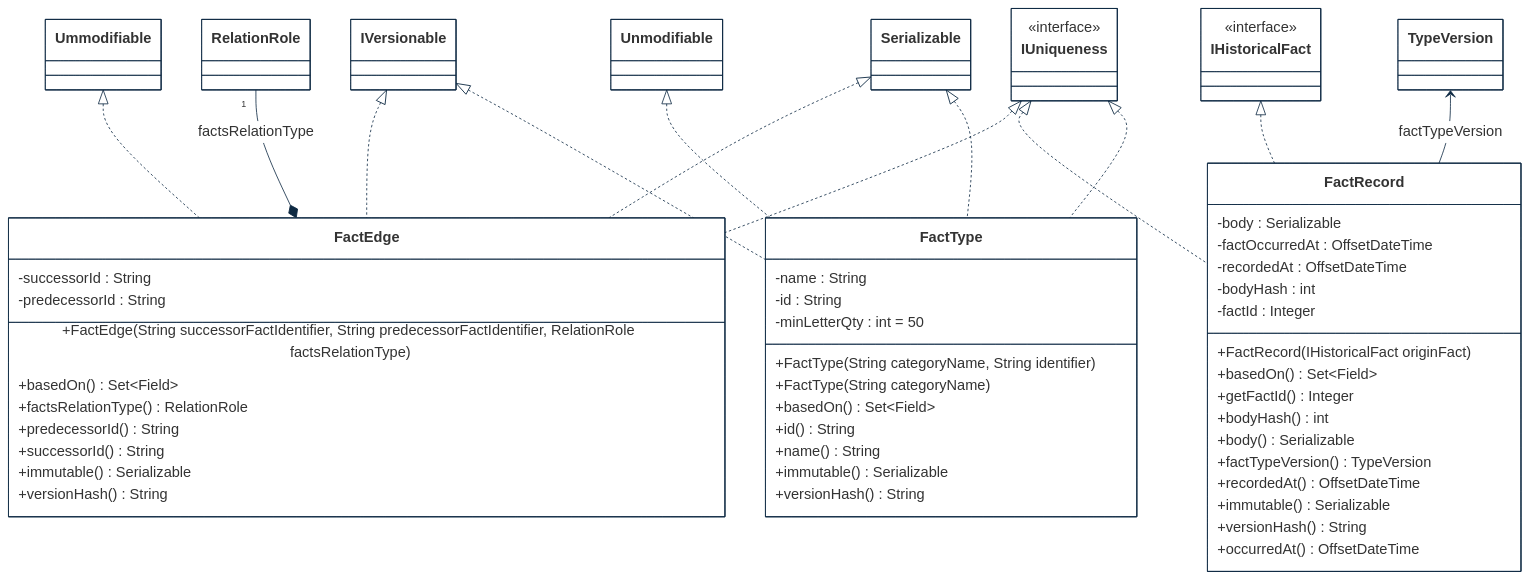
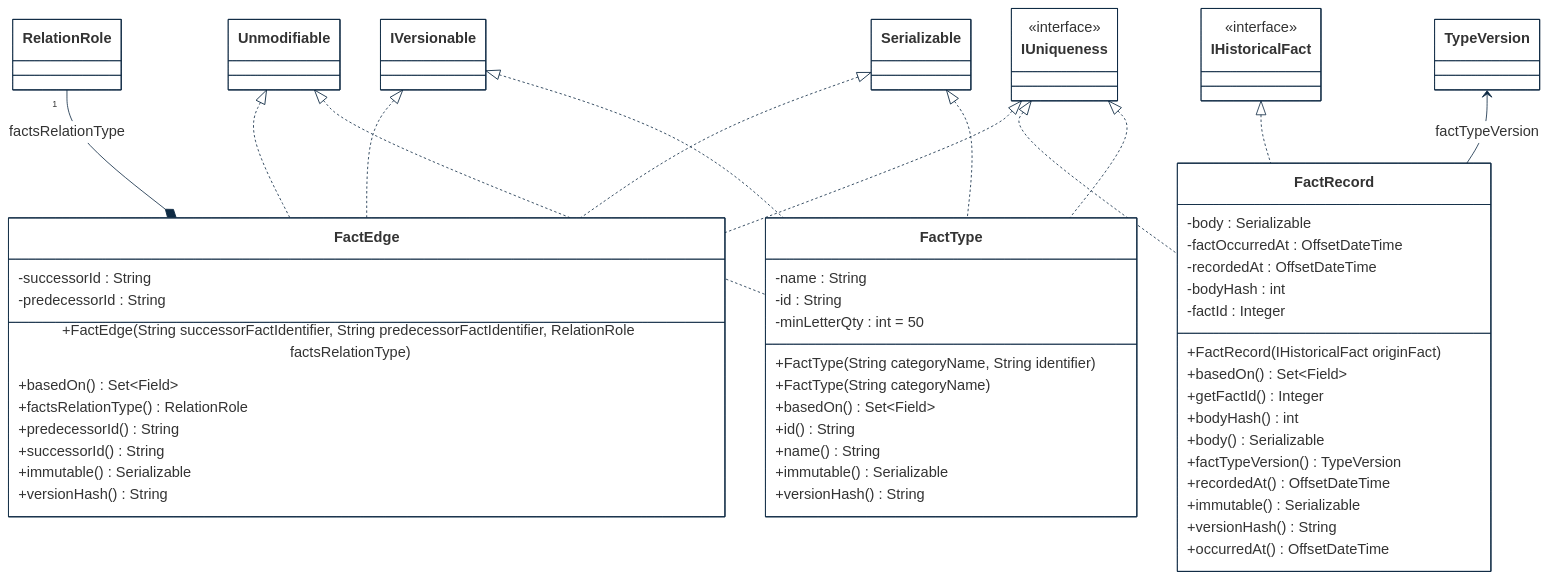
The first of 3 diagrams in implementations-line/framework/immutable/designview-packages.md (cybnity/foundation), drawn with Mermaid before and after one commit.

````diff
--- a/implementations-line/framework/immutable/designview-packages.md
+++ b/implementations-line/framework/immutable/designview-packages.md
@@ -15,82 +15,82 @@
 ```mermaid
 %%{
   init: {
     'theme': 'base',
     'themeVariables': {
         'background': '#ffffff',
         'fontFamily': 'arial',
         'fontSize': '18px',
         'primaryColor': '#fff',
         'primaryBorderColor': '#0e2a43',
         'secondaryBorderColor': '#0e2a43',
         'tertiaryBorderColor': '#0e2a43',
         'edgeLabelBackground':'#0e2a43',
         'lineColor': '#0e2a43',
         'tertiaryColor': '#fff'
     }
   }
 }%%
 classDiagram
-    Ummodifiable <|.. FactEdge
+    Unmodifiable <|.. FactEdge
     Unmodifiable <|.. FactType
     IVersionable <|.. FactEdge
     IVersionable <|.. FactType
     RelationRole "1" --* FactEdge : factsRelationType
     IHistoricalFact <|.. FactRecord
     IUniqueness <|.. FactEdge
     IUniqueness <|.. FactRecord
     IUniqueness <|.. FactType
     Serializable <|.. FactEdge
     Serializable <|.. FactType
     TypeVersion <-- FactRecord : factTypeVersion
 
     class FactType {
         -name : String
         -id : String
         -minLetterQty : int = 50
         +FactType(String categoryName, String identifier)
         +FactType(String categoryName)
         +basedOn() Set~Field~
         +id() String
         +name() String
         +immutable() Serializable
         +versionHash() String
     }
     class IHistoricalFact {
         <<interface>>
     }
     class IUniqueness {
         <<interface>>
     }
     class RelationRole {
     }
     class FactEdge {
         -successorId : String
         -predecessorId : String
         +FactEdge(String successorFactIdentifier, String predecessorFactIdentifier, RelationRole factsRelationType)
         +basedOn() Set~Field~
         +factsRelationType() RelationRole
         +predecessorId() String
         +successorId() String
         +immutable() Serializable
         +versionHash() String
     }
     class FactRecord {
         -body : Serializable
         -factOccurredAt : OffsetDateTime
         -recordedAt : OffsetDateTime
         -bodyHash : int
         -factId : Integer
         +FactRecord(IHistoricalFact originFact)
         +basedOn() Set~Field~
         +getFactId() Integer
         +bodyHash() int
         +body() Serializable
         +factTypeVersion() TypeVersion
         +recordedAt() OffsetDateTime
         +immutable() Serializable
         +versionHash() String
         +occurredAt() OffsetDateTime
     }
 
 ```
````
